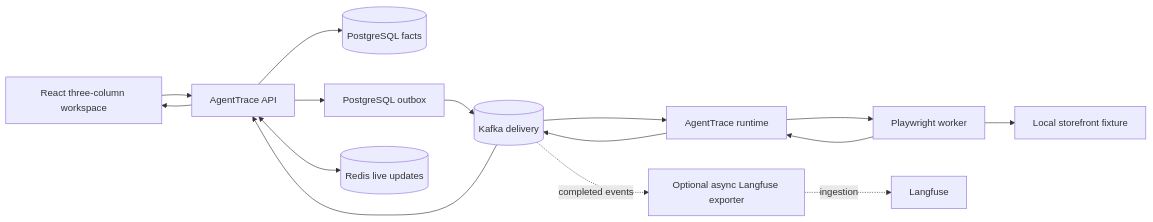
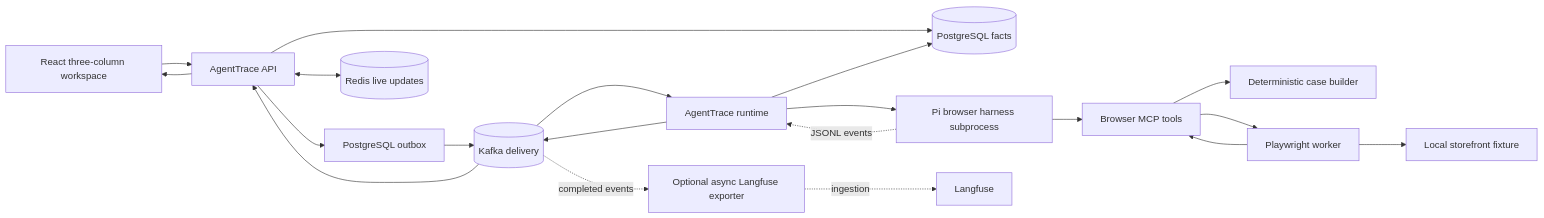
Before and after one commit to Asukadaisiki/AI_Web_Testing: the diagram in docs/architecture.md, drawn with Mermaid. The commit also changed other lines of this file and 34 other files, not shown here.

First line of the commit message:
feat: complete Pi browser harness migration

````diff
--- a/docs/architecture.md
+++ b/docs/architecture.md
@@ -27,17 +35,22 @@
 ```mermaid
 flowchart LR
     UI[React three-column workspace] --> API[AgentTrace API]
     API --> PG[(PostgreSQL facts)]
     API --> OUTBOX[PostgreSQL outbox]
     OUTBOX --> KAFKA[(Kafka delivery)]
     KAFKA --> RUNTIME[AgentTrace runtime]
-    RUNTIME --> WORKER[Playwright worker]
+    RUNTIME --> PI[Pi browser harness subprocess]
+    PI --> MCP[Browser MCP tools]
+    MCP --> CASEBUILDER[Deterministic case builder]
+    MCP --> WORKER[Playwright worker]
     WORKER --> FIXTURE[Local storefront fixture]
-    WORKER --> RUNTIME
+    WORKER --> MCP
+    PI -. JSONL events .-> RUNTIME
+    RUNTIME --> PG
     RUNTIME --> KAFKA
     KAFKA --> API
     API <--> REDIS[(Redis live updates)]
     API --> UI
     KAFKA -. completed events .-> EXPORTER[Optional async Langfuse exporter]
     EXPORTER -. ingestion .-> LANGFUSE[Langfuse]
 ```
````
